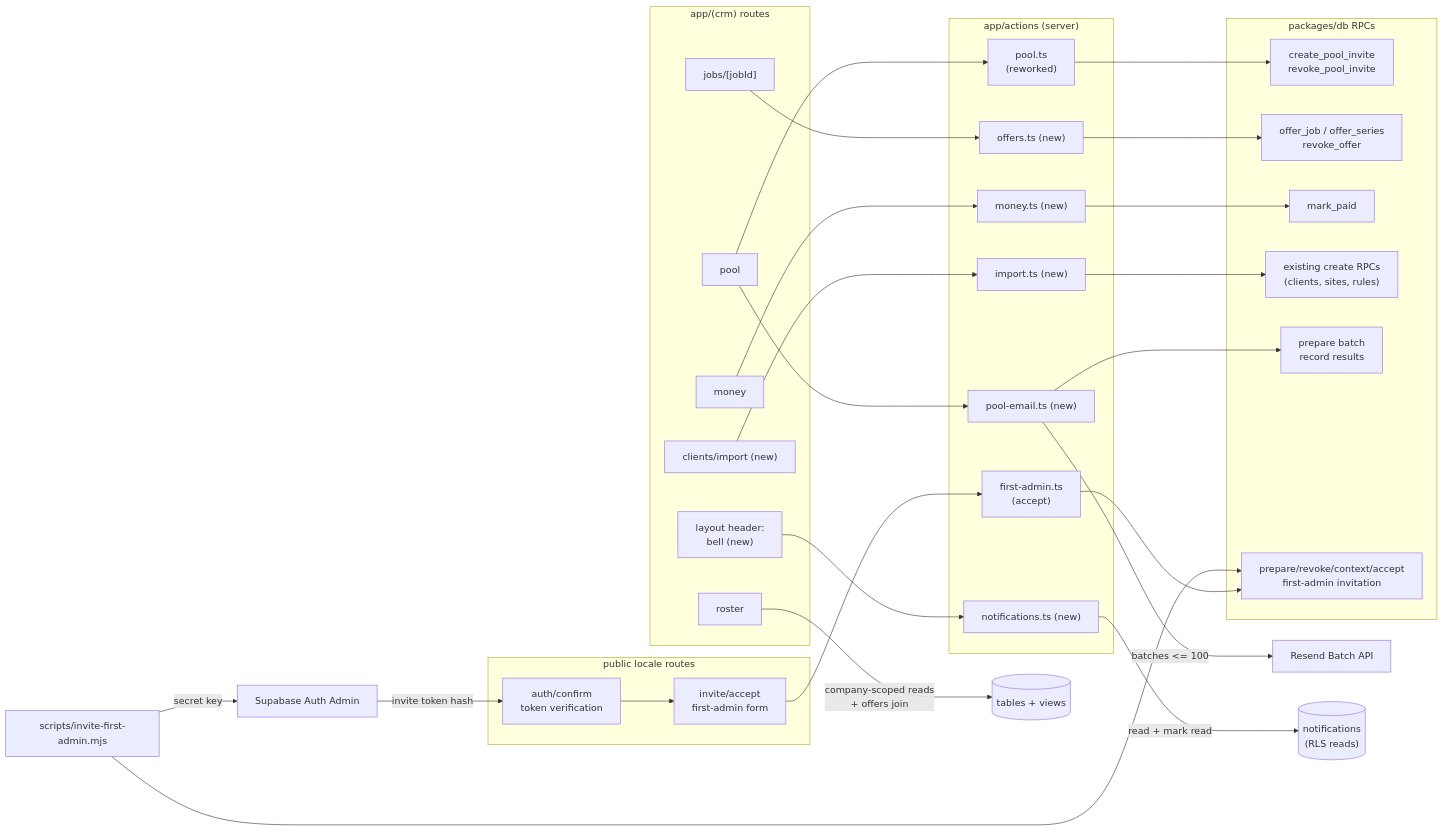
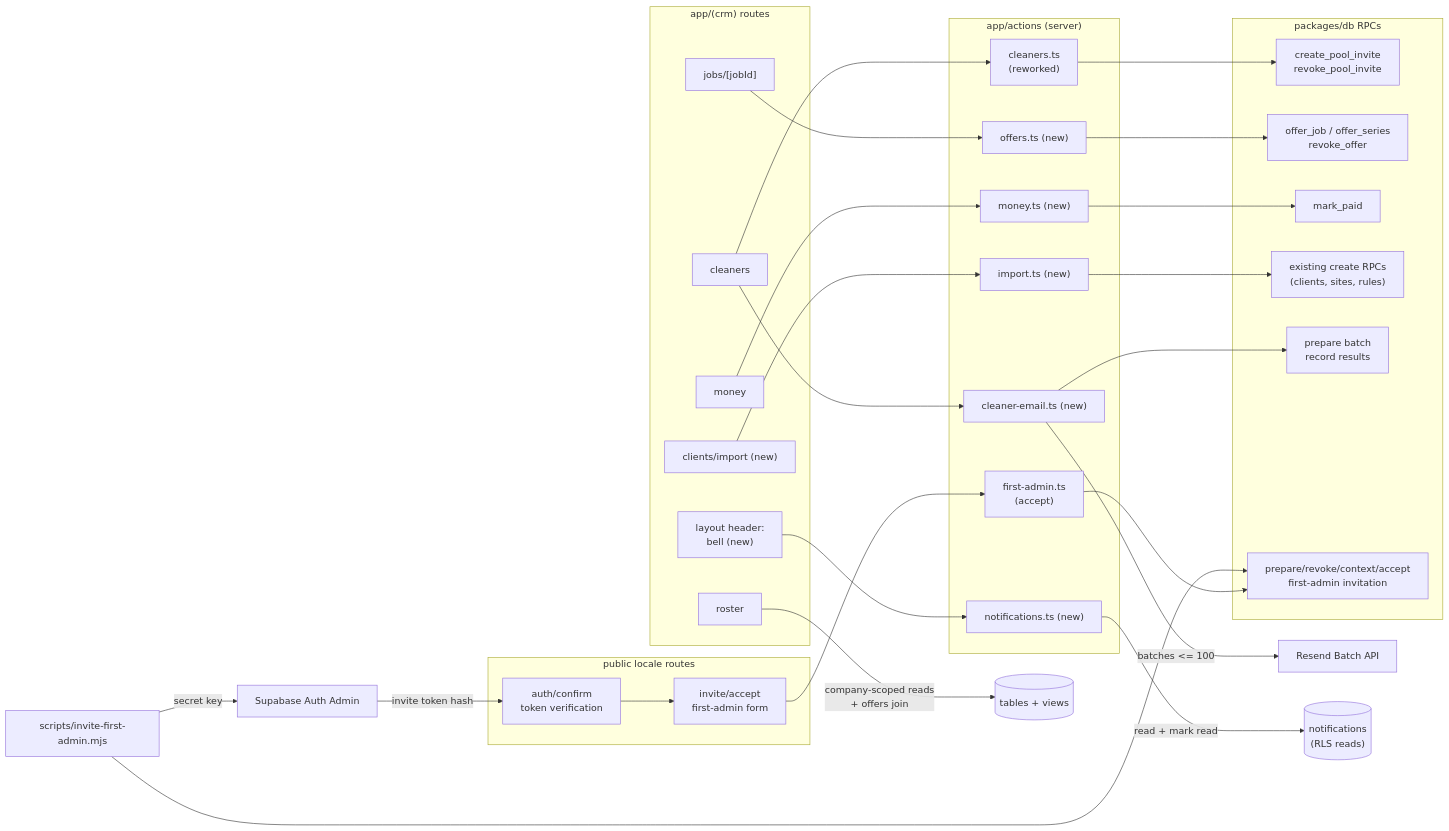
One commit to lspinheiro/clean_app_crm changed the first of 4 diagrams in docs/design/phase-a-adoption/lld-crm.md. Above: the diagram before and after it, drawn with Mermaid. The commit also changed other lines of this file and 72 other files, not shown here.

First line of the commit message:
refactor: rename "pool" terminology to "cleaners" across apps and docs

````diff
--- a/docs/design/phase-a-adoption/lld-crm.md
+++ b/docs/design/phase-a-adoption/lld-crm.md
@@ -53,44 +53,44 @@
 ```mermaid
 flowchart LR
     subgraph routes["app/(crm) routes"]
-        RPOOL["pool"]
+        RCLEANERS["cleaners"]
         RJOB["jobs/[jobId]"]
         RROSTER["roster"]
         RMONEY["money"]
         RIMP["clients/import (new)"]
         RBELL["layout header:<br/>bell (new)"]
     end
     subgraph publicRoutes["public locale routes"]
         RCONF["auth/confirm<br/>token verification"]
         RACCEPT["invite/accept<br/>first-admin form"]
     end
     FCLI["scripts/invite-first-admin.mjs"]
     subgraph actions["app/actions (server)"]
-        APOOL["pool.ts<br/>(reworked)"]
+        ACLEANERS["cleaners.ts<br/>(reworked)"]
         AOFF["offers.ts (new)"]
         AMONEY["money.ts (new)"]
         AIMP["import.ts (new)"]
         ANOTIF["notifications.ts (new)"]
-        AEMAIL["pool-email.ts (new)"]
+        AEMAIL["cleaner-email.ts (new)"]
         AADMIN["first-admin.ts<br/>(accept)"]
     end
     subgraph rpcs["packages/db RPCs"]
         R1["create_pool_invite<br/>revoke_pool_invite"]
         R2["offer_job / offer_series<br/>revoke_offer"]
         R3["mark_paid"]
         R4["existing create RPCs<br/>(clients, sites, rules)"]
         R5["prepare batch<br/>record results"]
         R6["prepare/revoke/context/accept<br/>first-admin invitation"]
     end
     FCLI -->|"secret key"| SAUTH["Supabase Auth Admin"]
     FCLI --> R6
     SAUTH -->|"invite token hash"| RCONF --> RACCEPT --> AADMIN --> R6
-    RPOOL --> APOOL --> R1
+    RCLEANERS --> ACLEANERS --> R1
     RJOB --> AOFF --> R2
     RMONEY --> AMONEY --> R3
     RIMP --> AIMP --> R4
-    RPOOL --> AEMAIL --> R5
+    RCLEANERS --> AEMAIL --> R5
     AEMAIL -->|"batches <= 100"| RESEND["Resend Batch API"]
     RBELL --> ANOTIF -->|read + mark read| NDB[("notifications<br/>(RLS reads)")]
     RROSTER -->|company-scoped reads<br/>+ offers join| VDB[("tables + views")]
 ```
````
